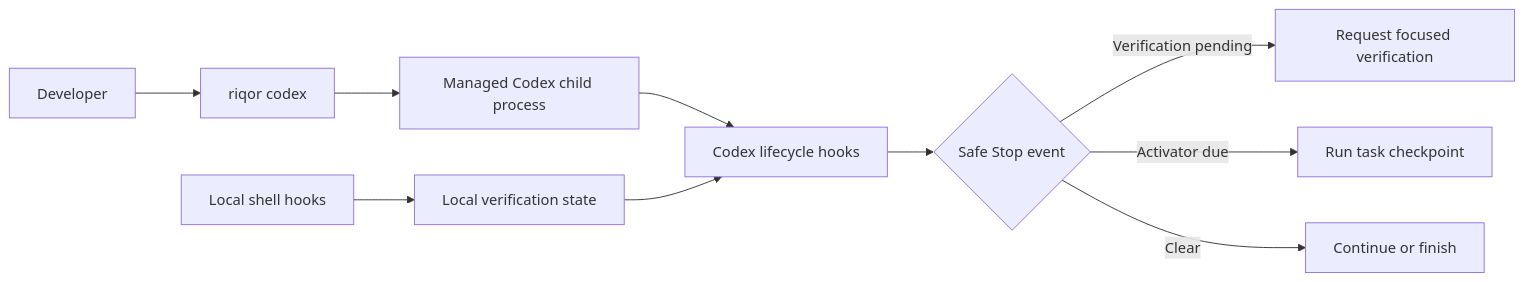
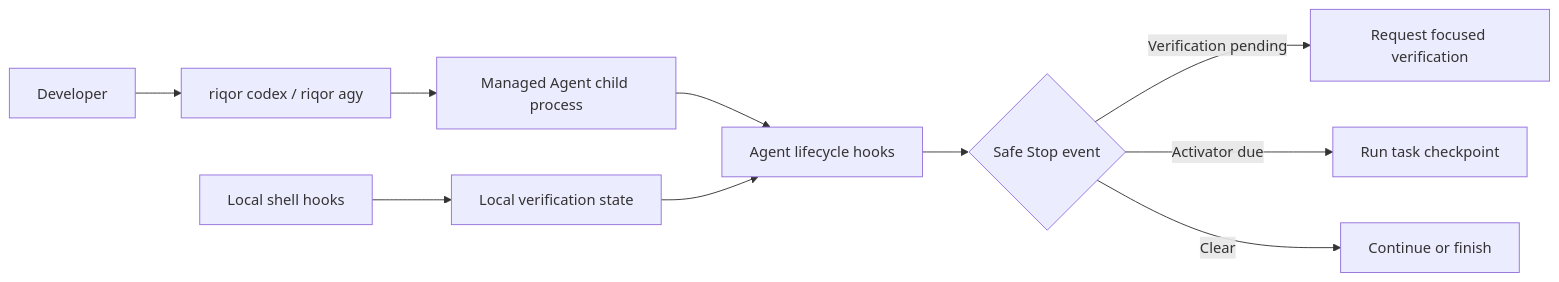
The diagram in README.md (imMamdouhaboammar/riqor), drawn with Mermaid before and after one commit. The commit also changed other lines of this file and 115 other files, not shown here.

````diff
--- a/README.md
+++ b/README.md
@@ -96,12 +98,12 @@
 ```mermaid
 flowchart LR
-    U[Developer] --> R[riqor codex]
-    R --> C[Managed Codex child process]
-    C --> H[Codex lifecycle hooks]
+    U[Developer] --> R[riqor codex / riqor agy]
+    R --> C[Managed Agent child process]
+    C --> H[Agent lifecycle hooks]
     T[Local shell hooks] --> S[Local verification state]
     S --> H
     H --> E{Safe Stop event}
     E -->|Verification pending| V[Request focused verification]
     E -->|Activator due| A[Run task checkpoint]
     E -->|Clear| D[Continue or finish]
 ```
````
